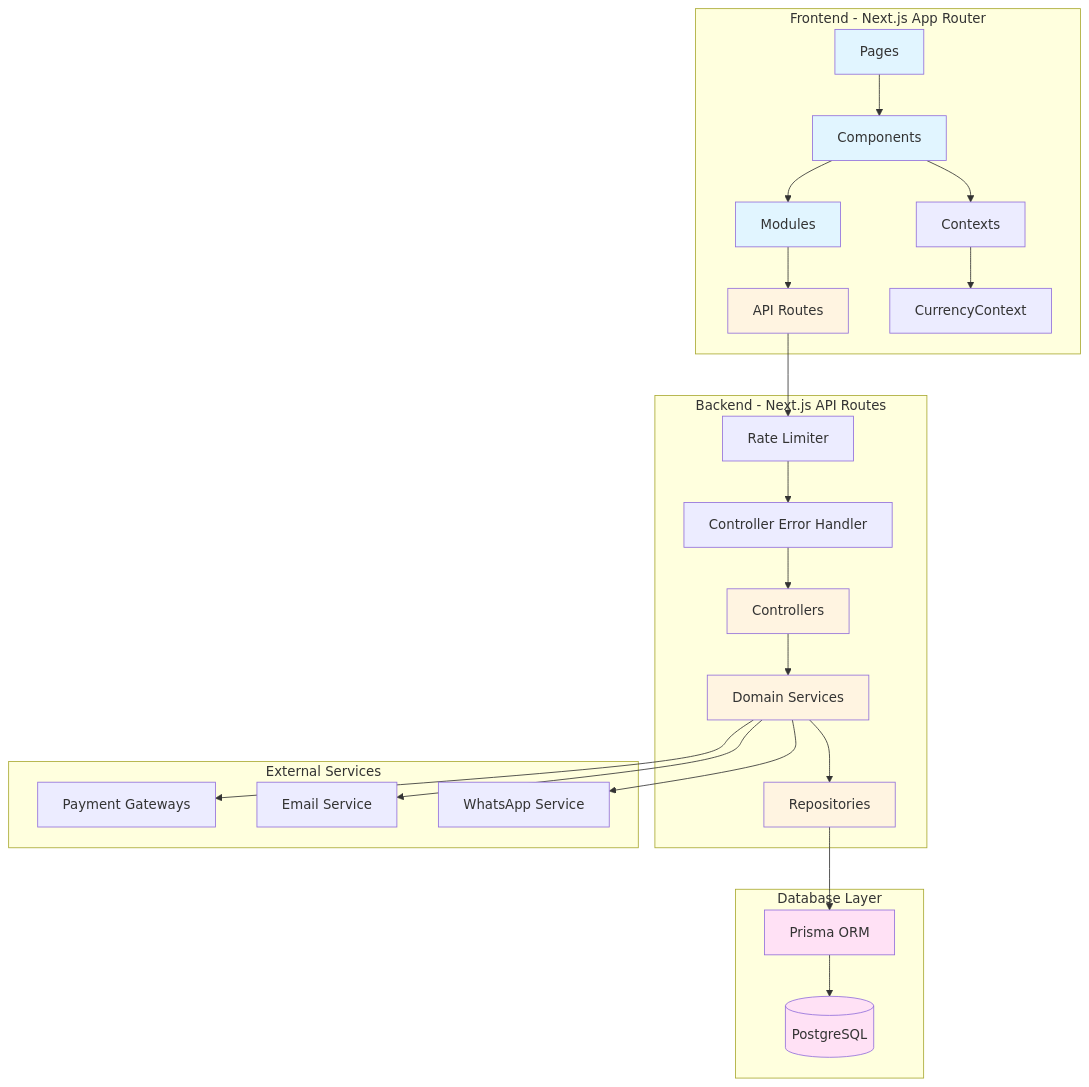
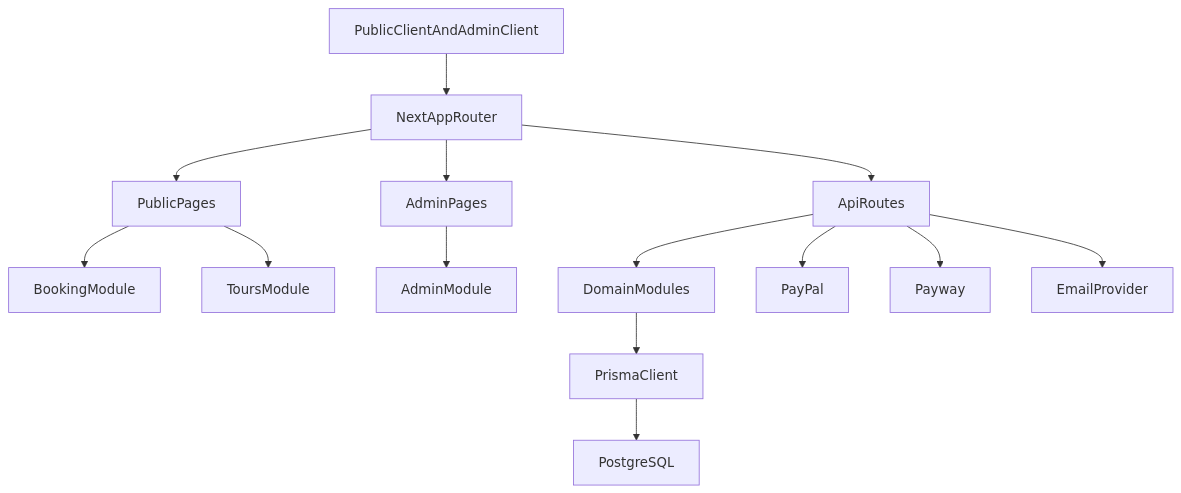
One commit to ximepaparella/antartur changed the diagram in docs/ARCHITECTURE_DIAGRAM.md. Above: the diagram before and after it, drawn with Mermaid. The commit also changed other lines of this file and 12 other files, not shown here.

````diff
--- a/docs/ARCHITECTURE_DIAGRAM.md
+++ b/docs/ARCHITECTURE_DIAGRAM.md
@@ -11,39 +7,19 @@
 ```mermaid
-graph TB
-    subgraph "Frontend - Next.js App Router"
-        A[Pages] --> B[Components]
-        B --> C[Modules]
-        C --> D[API Routes]
-        B --> E[Contexts]
-        E --> F[CurrencyContext]
-    end
-    
-    subgraph "Backend - Next.js API Routes"
-        D --> G[Rate Limiter]
-        G --> H[Controller Error Handler]
-        H --> I[Controllers]
-        I --> J[Domain Services]
-        J --> K[Repositories]
-    end
-    
-    subgraph "Database Layer"
-        K --> L[Prisma ORM]
-        L --> M[(PostgreSQL)]
-    end
-    
-    subgraph "External Services"
-        J --> N[Payment Gateways]
-        J --> O[Email Service]
-        J --> P[WhatsApp Service]
-    end
-    
-    style A fill:#e1f5ff
-    style B fill:#e1f5ff
-    style C fill:#e1f5ff
-    style D fill:#fff4e1
-    style I fill:#fff4e1
-    style J fill:#fff4e1
-    style K fill:#fff4e1
-    style L fill:#ffe1f5
-    style M fill:#ffe1f5
+flowchart TD
+  client[PublicClientAndAdminClient] --> appRouter[NextAppRouter]
+  appRouter --> publicPages[PublicPages]
+  appRouter --> adminPages[AdminPages]
+  appRouter --> apiRoutes[ApiRoutes]
+
+  publicPages --> bookingModule[BookingModule]
+  publicPages --> toursModule[ToursModule]
+  adminPages --> adminModule[AdminModule]
+
+  apiRoutes --> domainModules[DomainModules]
+  domainModules --> prisma[PrismaClient]
+  prisma --> postgres[PostgreSQL]
+
+  apiRoutes --> extPaypal[PayPal]
+  apiRoutes --> extPayway[Payway]
+  apiRoutes --> extEmail[EmailProvider]
 ```
````
